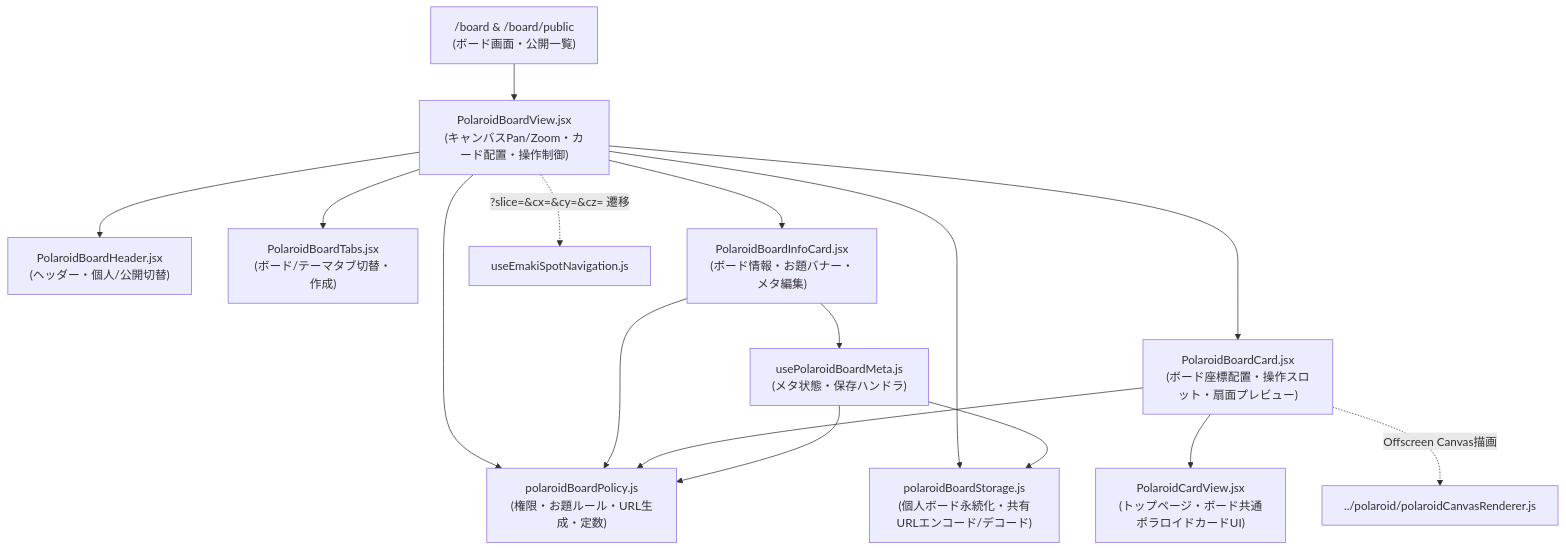
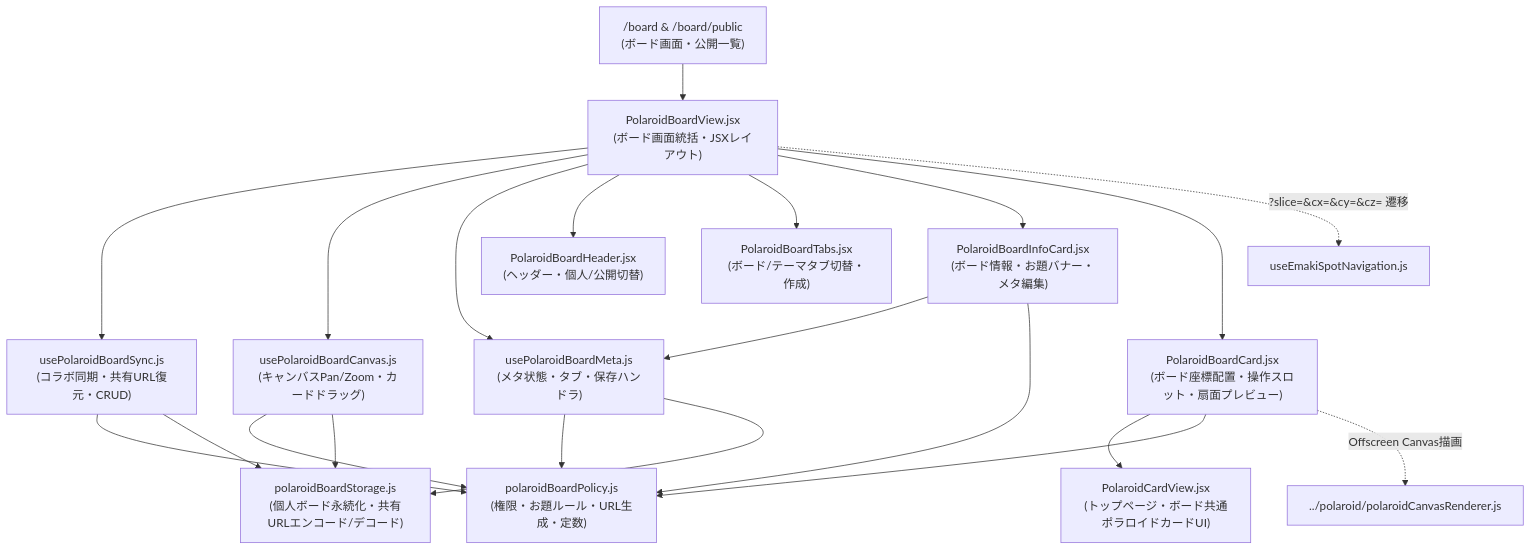
The first of 2 diagrams in src/components/emaki/viewer/board/SPEC.md (satoshi-create/emakimono-next), drawn with Mermaid before and after one commit. The commit also changed other lines of this file and 5 other files, not shown here.

````diff
--- a/src/components/emaki/viewer/board/SPEC.md
+++ b/src/components/emaki/viewer/board/SPEC.md
@@ -7,20 +7,25 @@
 ```mermaid
 graph TD
-    Page["/board & /board/public<br/>(ボード画面・公開一覧)"] --> View["PolaroidBoardView.jsx<br/>(キャンバスPan/Zoom・カード配置・操作制御)"]
+    Page["/board & /board/public<br/>(ボード画面・公開一覧)"] --> View["PolaroidBoardView.jsx<br/>(ボード画面統括・JSXレイアウト)"]
+    View --> SyncHook["usePolaroidBoardSync.js<br/>(コラボ同期・共有URL復元・CRUD)"]
+    View --> CanvasHook["usePolaroidBoardCanvas.js<br/>(キャンバスPan/Zoom・カードドラッグ)"]
+    View --> MetaHook["usePolaroidBoardMeta.js<br/>(メタ状態・タブ・保存ハンドラ)"]
     View --> Header["PolaroidBoardHeader.jsx<br/>(ヘッダー・個人/公開切替)"]
     View --> Tabs["PolaroidBoardTabs.jsx<br/>(ボード/テーマタブ切替・作成)"]
     View --> InfoCard["PolaroidBoardInfoCard.jsx<br/>(ボード情報・お題バナー・メタ編集)"]
     View --> Card["PolaroidBoardCard.jsx<br/>(ボード座標配置・操作スロット・扇面プレビュー)"]
     Card --> CardView["PolaroidCardView.jsx<br/>(トップページ・ボード共通ポラロイドカードUI)"]
 
-    InfoCard --> MetaHook["usePolaroidBoardMeta.js<br/>(メタ状態・保存ハンドラ)"]
-    View --> Policy["polaroidBoardPolicy.js<br/>(権限・お題ルール・URL生成・定数)"]
+    InfoCard --> MetaHook
+    SyncHook --> Policy["polaroidBoardPolicy.js<br/>(権限・お題ルール・URL生成・定数)"]
+    CanvasHook --> Policy
     InfoCard --> Policy
     Card --> Policy
     MetaHook --> Policy
 
-    View --> Storage["polaroidBoardStorage.js<br/>(個人ボード永続化・共有URLエンコード/デコード)"]
+    SyncHook --> Storage["polaroidBoardStorage.js<br/>(個人ボード永続化・共有URLエンコード/デコード)"]
+    CanvasHook --> Storage
     MetaHook --> Storage
     Card -.->|Offscreen Canvas描画| Renderer["../polaroid/polaroidCanvasRenderer.js"]
     View -.->|?slice=&cx=&cy=&cz= 遷移| SpotNav["useEmakiSpotNavigation.js"]
 ```
````
